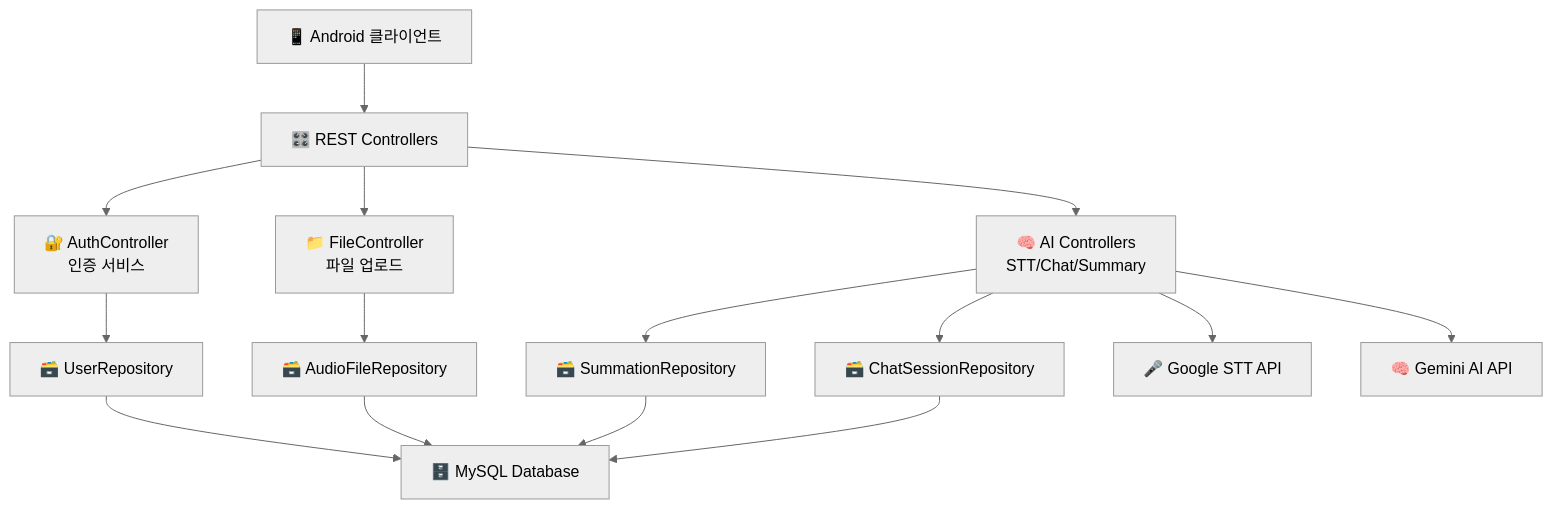
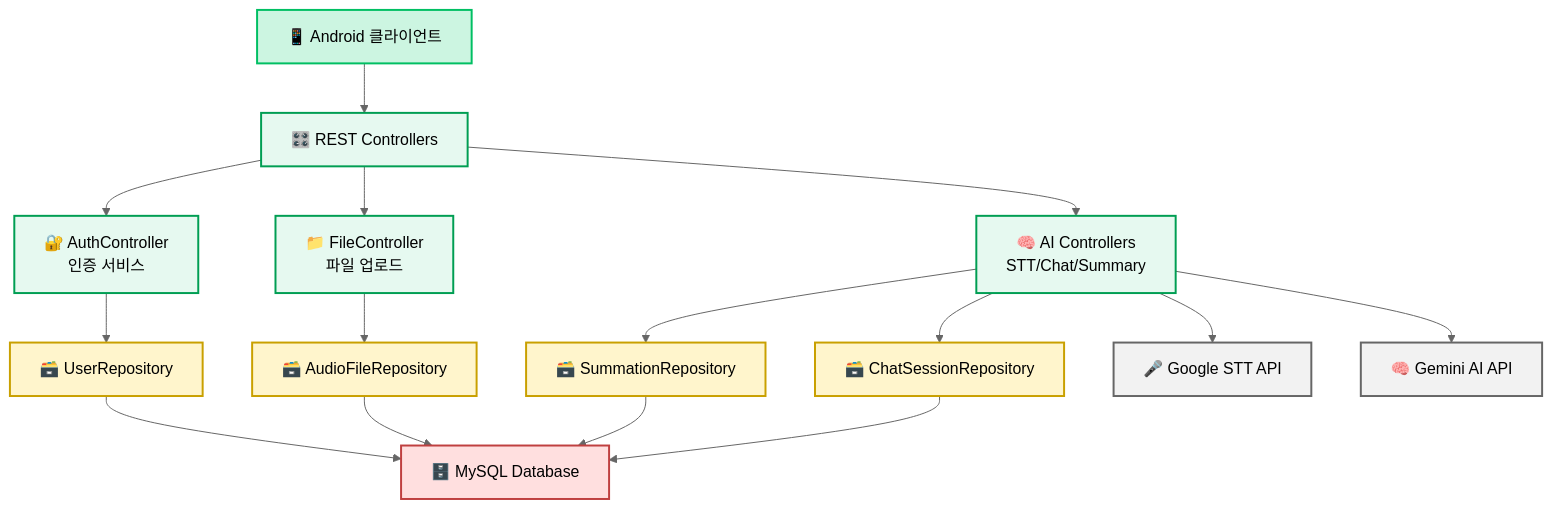
One commit to taejinchoi-cbnu/NoTI changed the third of 3 diagrams in README.md. Above: the diagram before and after it, drawn with Mermaid (neutral theme). The commit also changed other lines of this file, not shown here.

````diff
--- a/README.md
+++ b/README.md
@@ -132,20 +160,34 @@
 ```mermaid
 graph TB
     A[📱 Android 클라이언트] --> B[🎛️ REST Controllers]
     B --> C[🔐 AuthController<br/>인증 서비스]
     B --> D[📁 FileController<br/>파일 업로드]
     B --> E[🧠 AI Controllers<br/>STT/Chat/Summary]
-    
+
     C --> F[🗃️ UserRepository]
     D --> G[🗃️ AudioFileRepository]
     E --> H[🗃️ SummationRepository]
     E --> I[🗃️ ChatSessionRepository]
-    
+
     F --> J[🗄️ MySQL Database]
     G --> J
     H --> J
     I --> J
-    
+
     E --> K[🎤 Google STT API]
     E --> L[🧠 Gemini AI API]
+
+    %% 클래스 정의
+    classDef client fill:#ccf5e1,stroke:#00bf63,stroke-width:2px;
+    classDef controller fill:#e6f9f0,stroke:#009e53,stroke-width:2px;
+    classDef repository fill:#fff5cc,stroke:#c9a000,stroke-width:2px;
+    classDef database fill:#ffdfdf,stroke:#bf4040,stroke-width:2px;
+    classDef external fill:#f2f2f2,stroke:#666666,stroke-width:2px;
+
+    %% 클래스 적용
+    class A client;
+    class B,C,D,E controller;
+    class F,G,H,I repository;
+    class J database;
+    class K,L external;
 ```
````
